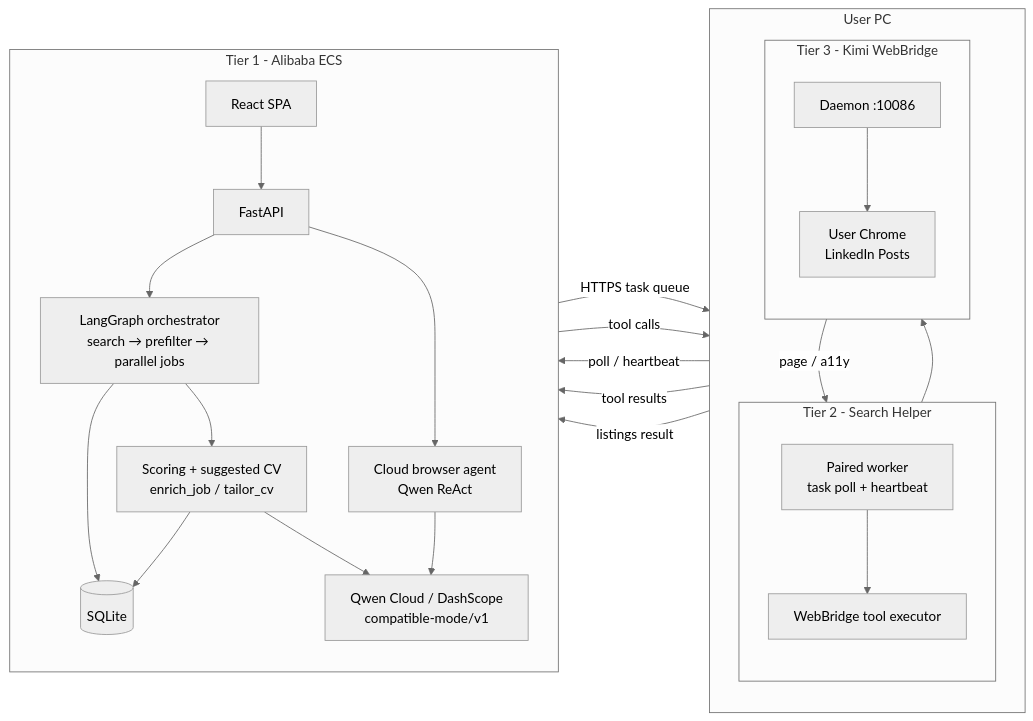
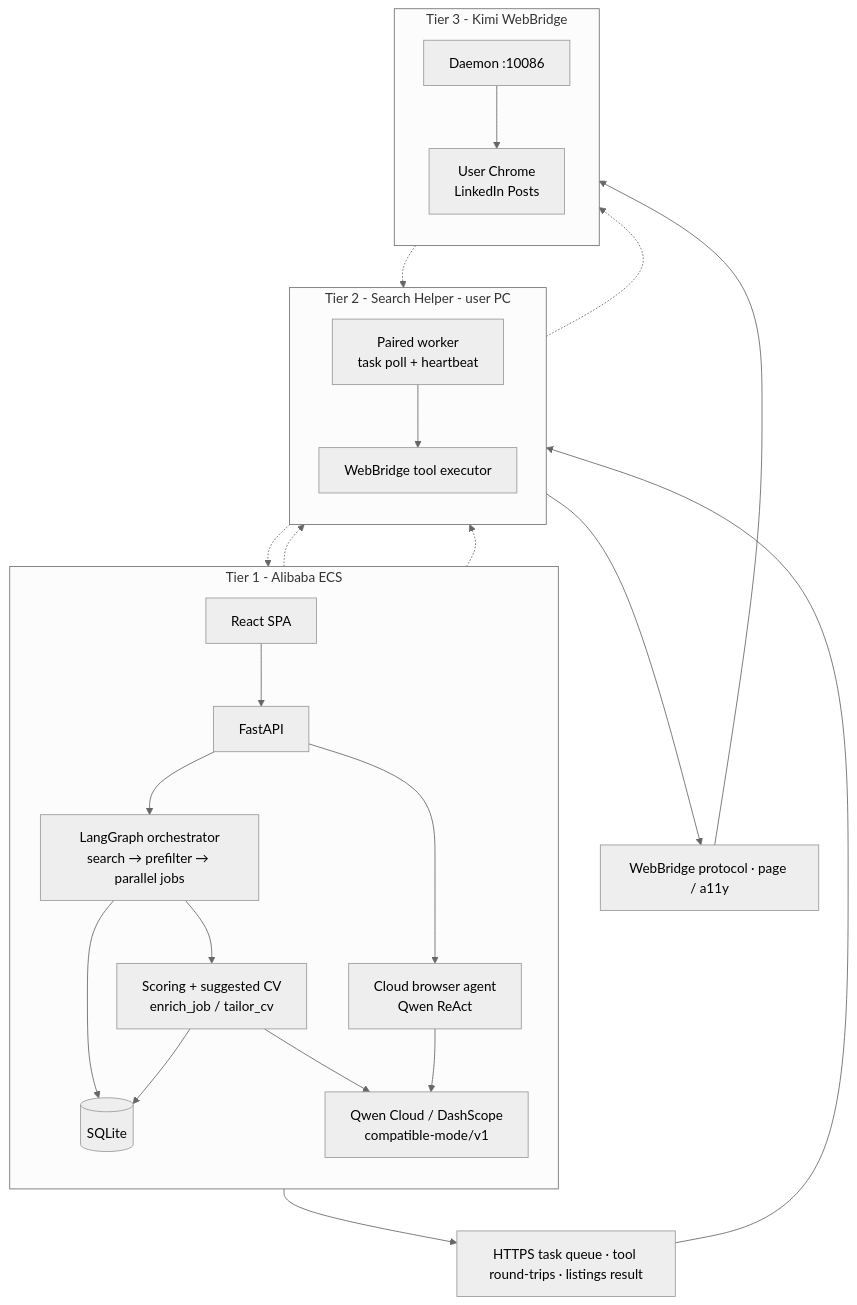
One commit to HamzaFayaz/JobPilot changed the first of 4 diagrams in README.md. Above: the diagram before and after it, drawn with Mermaid (neutral theme). The commit also changed other lines of this file, not shown here.

Commit message:
Revise README.md to improve deployment diagram and tier descriptions
- Updated the deployment diagram to a three-tier format with clear connections and roles.
- Enhanced descriptions for each tier to provide better context for users and judges.
- Improved overall clarity and organization of the README content.

````diff
--- a/README.md
+++ b/README.md
@@ -103,45 +103,47 @@
 ```mermaid
-flowchart LR
-  subgraph DESKTOP["User PC"]
-    direction TB
-    subgraph T2["Tier 2 - Search Helper"]
-      direction TB
-      WH["Paired worker\ntask poll + heartbeat"]
-      EX["WebBridge tool executor"]
-      WH --> EX
-    end
-    subgraph T3["Tier 3 - Kimi WebBridge"]
-      direction TB
-      WB["Daemon :10086"]
-      CH["User Chrome\nLinkedIn Posts"]
-      WB --> CH
-    end
-    EX --> WB
-  end
-
+flowchart TB
   subgraph T1["Tier 1 - Alibaba ECS"]
     direction TB
     UI["React SPA"]
     API["FastAPI"]
     LG["LangGraph orchestrator\nsearch → prefilter → parallel jobs"]
     BA["Cloud browser agent\nQwen ReAct"]
     SC["Scoring + suggested CV\nenrich_job / tailor_cv"]
     DB[("SQLite")]
     Qwen["Qwen Cloud / DashScope\ncompatible-mode/v1"]
     UI --> API
     API --> LG
     API --> BA
     LG --> SC
     SC --> DB
     LG --> DB
     BA --> Qwen
     SC --> Qwen
   end
 
-  API -->|"HTTPS task queue"| WH
-  WH -->|"poll / heartbeat"| API
-  BA -->|"tool calls"| EX
-  EX -->|"tool results"| BA
-  EX -->|"listings result"| API
-  CH -->|"page / a11y"| EX
+  C1["HTTPS task queue · tool round-trips · listings result"]
+
+  subgraph T2["Tier 2 - Search Helper - user PC"]
+    direction TB
+    WH["Paired worker\ntask poll + heartbeat"]
+    EX["WebBridge tool executor"]
+    WH --> EX
+  end
+
+  C2["WebBridge protocol · page / a11y"]
+
+  subgraph T3["Tier 3 - Kimi WebBridge"]
+    direction TB
+    WB["Daemon :10086"]
+    CH["User Chrome\nLinkedIn Posts"]
+    WB --> CH
+  end
+
+  T1 --> C1 --> T2
+  T2 --> C2 --> T3
+  API -.-> WH
+  BA -.-> EX
+  EX -.-> API
+  EX -.-> WB
+  CH -.-> EX
 ```
````
